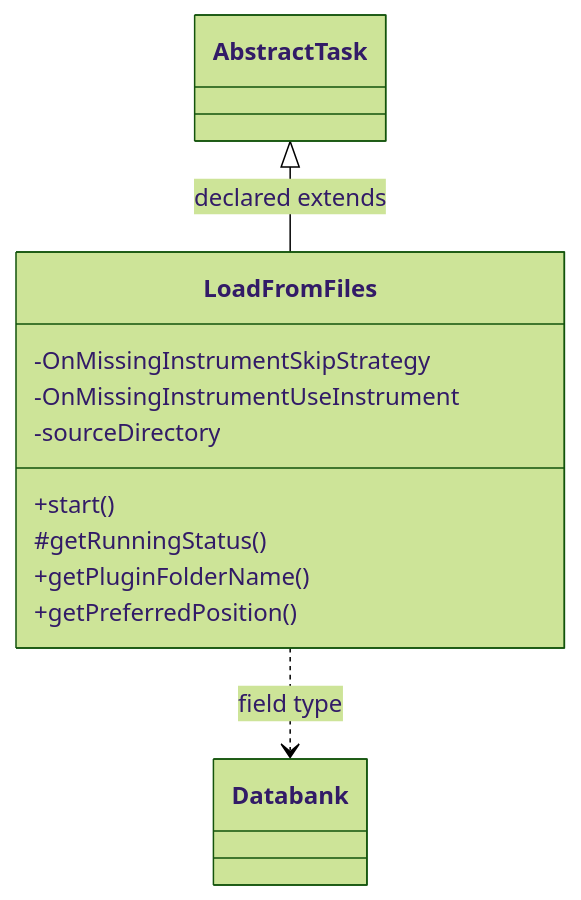
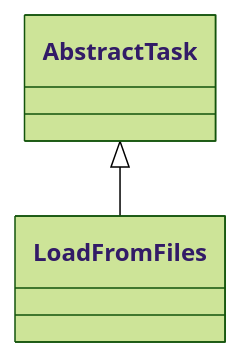
Before and after one commit to haruperi/HaruQuantAI: the diagram in docs/sqx/CustomProjects/TaskLoadFromFiles.md, drawn with Mermaid (forest theme). The commit also changed other lines of this file and 1688 other files, not shown here.

````diff
--- a/docs/sqx/CustomProjects/TaskLoadFromFiles.md
+++ b/docs/sqx/CustomProjects/TaskLoadFromFiles.md
@@ -30,16 +26,6 @@
 ```mermaid
 classDiagram
-    class C6ec3b05e80cd["LoadFromFiles"] {
-        -OnMissingInstrumentSkipStrategy
-        -OnMissingInstrumentUseInstrument
-        -sourceDirectory
-        +start()
-        #getRunningStatus()
-        +getPluginFolderName()
-        +getPreferredPosition()
-    }
-    class Cf1cf5abc550f["Databank"]
-    class Ce44d386802cb["AbstractTask"]
-    Ce44d386802cb <|-- C6ec3b05e80cd : declared extends
-    C6ec3b05e80cd ..> Cf1cf5abc550f : field type
+    class C0["LoadFromFiles"]
+    class E0["AbstractTask"]
+    E0 <|-- C0
 ```
````
